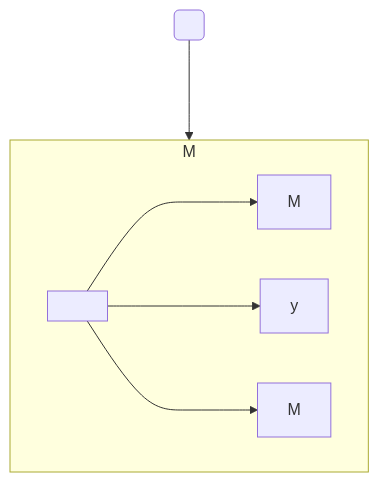
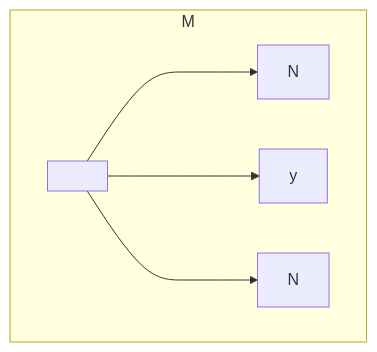
The fifth of 5 diagrams in Lectures/lecture-2.md (gzholtkevych/CertifiedProgramming), drawn with Mermaid before and after one commit.

````diff
--- a/Lectures/lecture-2.md
+++ b/Lectures/lecture-2.md
@@ -147,9 +147,8 @@
 ```mermaid
 graph TD
-    A( ) ---> M
     subgraph M
-        C[ ] ---> M1[M]
+        C[ ] ---> M1[N]
         C ---> y
-        C ---> M2[M]
+        C ---> M2[N]
     end
 ```
````
